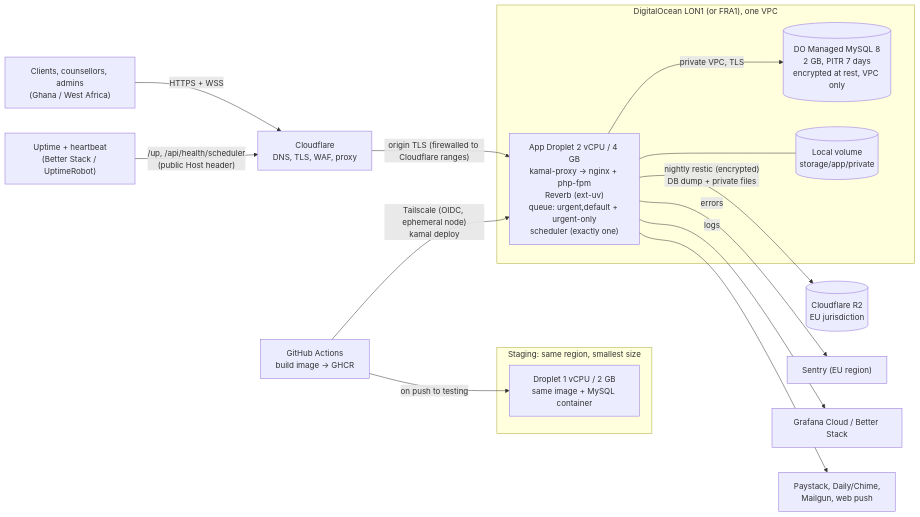
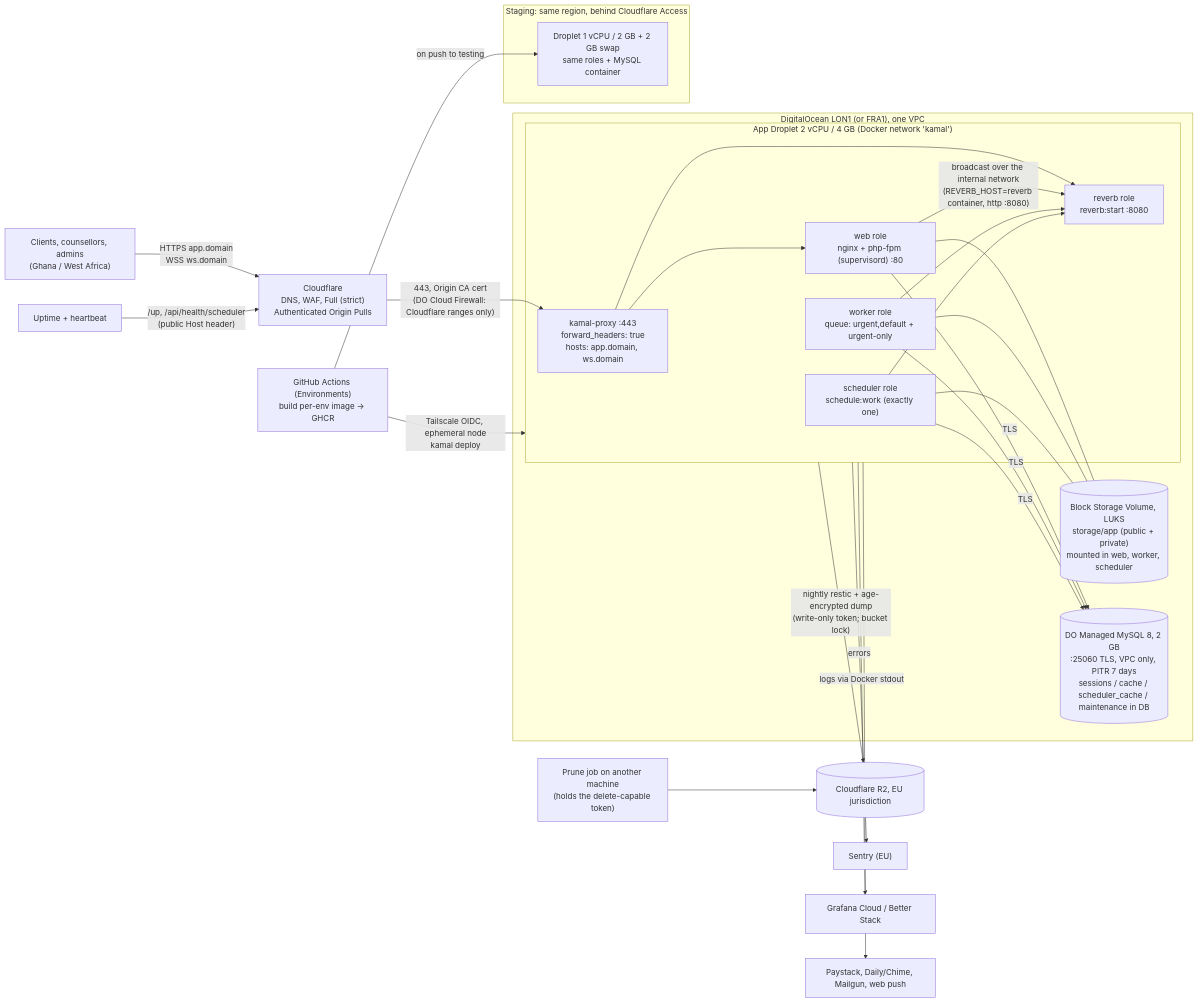
The diagram in documentation/operations/deployment-options.md (mr-robertamoah/TalkTherapy), drawn with Mermaid before and after one commit. The commit also changed other lines of this file and 1 other file, not shown here.

````diff
--- a/documentation/operations/deployment-options.md
+++ b/documentation/operations/deployment-options.md
@@ -206,26 +247,42 @@
 ```mermaid
 flowchart LR
-    U["Clients, counsellors, admins<br/>(Ghana / West Africa)"] -->|HTTPS + WSS| CF["Cloudflare<br/>DNS, TLS, WAF, proxy"]
-    CF -->|"origin TLS (firewalled to Cloudflare ranges)"| APP
+    U["Clients, counsellors, admins<br/>(Ghana / West Africa)"] -->|"HTTPS app.domain<br/>WSS ws.domain"| CF["Cloudflare<br/>DNS, WAF, Full (strict)<br/>Authenticated Origin Pulls"]
+    CF -->|"443, Origin CA cert<br/>(DO Cloud Firewall: Cloudflare ranges only)"| KP
 
     subgraph DO["DigitalOcean LON1 (or FRA1), one VPC"]
-        APP["App Droplet 2 vCPU / 4 GB<br/>kamal-proxy -> nginx + php-fpm<br/>Reverb (ext-uv)<br/>queue: urgent,default + urgent-only<br/>scheduler (exactly one)"]
-        DB[("DO Managed MySQL 8<br/>2 GB, PITR 7 days<br/>encrypted at rest, VPC only")]
-        VOL[("Local volume<br/>storage/app/private")]
-        APP -->|private VPC, TLS| DB
-        APP --- VOL
+        subgraph DROP["App Droplet 2 vCPU / 4 GB (Docker network 'kamal')"]
+            KP["kamal-proxy :443<br/>forward_headers: true<br/>hosts: app.domain, ws.domain"]
+            WEB["web role<br/>nginx + php-fpm (supervisord) :80"]
+            RV["reverb role<br/>reverb:start :8080"]
+            WK["worker role<br/>queue: urgent,default + urgent-only"]
+            SC["scheduler role<br/>schedule:work (exactly one)"]
+            KP --> WEB
+            KP --> RV
+            WEB -->|"broadcast over the internal network<br/>(REVERB_HOST=reverb container, http :8080)"| RV
+            WK --> RV
+            SC --> RV
+        end
+        VOL[("Block Storage Volume, LUKS<br/>storage/app (public + private)<br/>mounted in web, worker, scheduler")]
+        DB[("DO Managed MySQL 8, 2 GB<br/>:25060 TLS, VPC only, PITR 7 days<br/>sessions / cache / scheduler_cache / maintenance in DB")]
+        WEB --- VOL
+        WK --- VOL
+        SC --- VOL
+        WEB -->|TLS| DB
+        WK -->|TLS| DB
+        SC -->|TLS| DB
     end
 
-    APP -->|"nightly restic (encrypted)<br/>DB dump + private files"| R2[("Cloudflare R2<br/>EU jurisdiction")]
-    APP -->|errors| SEN["Sentry (EU region)"]
-    APP -->|logs| LOGS["Grafana Cloud / Better Stack"]
-    UP["Uptime + heartbeat<br/>(Better Stack / UptimeRobot)"] -->|"/up, /api/health/scheduler<br/>(public Host header)"| CF
-    APP --> EXT["Paystack, Daily/Chime,<br/>Mailgun, web push"]
+    DROP -->|"nightly restic + age-encrypted dump<br/>(write-only token; bucket lock)"| R2[("Cloudflare R2, EU jurisdiction")]
+    PRUNE["Prune job on another machine<br/>(holds the delete-capable token)"] --> R2
+    DROP -->|errors| SEN["Sentry (EU)"]
+    DROP -->|"logs via Docker stdout"| LOGS["Grafana Cloud / Better Stack"]
+    UP["Uptime + heartbeat"] -->|"/up, /api/health/scheduler<br/>(public Host header)"| CF
+    DROP --> EXT["Paystack, Daily/Chime, Mailgun, web push"]
 
-    GH["GitHub Actions<br/>build image -> GHCR"] -->|"Tailscale (OIDC, ephemeral node)<br/>kamal deploy"| APP
+    GH["GitHub Actions (Environments)<br/>build per-env image -> GHCR"] -->|"Tailscale OIDC, ephemeral node<br/>kamal deploy"| DROP
 
-    subgraph STG["Staging: same region, smallest size"]
-        SAPP["Droplet 1 vCPU / 2 GB<br/>same image + MySQL container"]
+    subgraph STG["Staging: same region, behind Cloudflare Access"]
+        SAPP["Droplet 1 vCPU / 2 GB + 2 GB swap<br/>same roles + MySQL container"]
     end
     GH -->|"on push to testing"| SAPP
 ```
````
